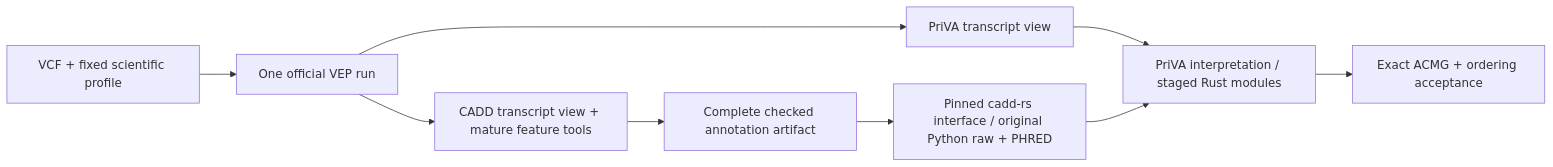
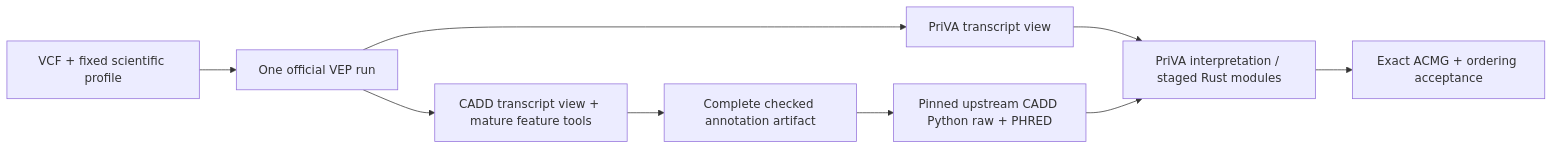
The diagram in docs/nextflow_migration.md (yangyxt/PriVA), drawn with Mermaid before and after one commit. The commit also changed other lines of this file and 5 other files, not shown here.

````diff
--- a/docs/nextflow_migration.md
+++ b/docs/nextflow_migration.md
@@ -8,11 +8,11 @@
 ```mermaid
 flowchart LR
   I[VCF + fixed scientific profile] --> V[One official VEP run]
   V --> P[PriVA transcript view]
   V --> C[CADD transcript view + mature feature tools]
   C --> A[Complete checked annotation artifact]
-  A --> S[Pinned cadd-rs interface / original Python raw + PHRED]
+  A --> S[Pinned upstream CADD Python raw + PHRED]
   P --> R[PriVA interpretation / staged Rust modules]
   S --> R
   R --> G[Exact ACMG + ordering acceptance]
 ```
````
